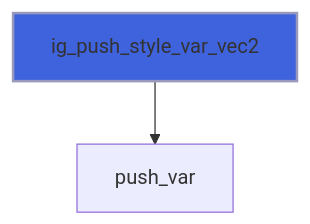
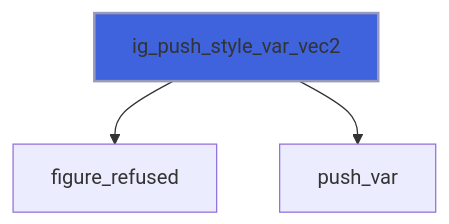
The tenth of 44 diagrams in docs/api/src/lib/figure_style.md (szaghi/figure), drawn with Mermaid before and after one commit. The commit also changed other lines of this file and 10 other files, not shown here.

````diff
--- a/docs/api/src/lib/figure_style.md
+++ b/docs/api/src/lib/figure_style.md
@@ -384,5 +400,6 @@
 ```mermaid
 flowchart TD
+  ig_push_style_var_vec2["ig_push_style_var_vec2"] --> figure_refused["figure_refused"]
   ig_push_style_var_vec2["ig_push_style_var_vec2"] --> push_var["push_var"]
   style ig_push_style_var_vec2 fill:#3e63dd,stroke:#99b,stroke-width:2px
 ```
````
